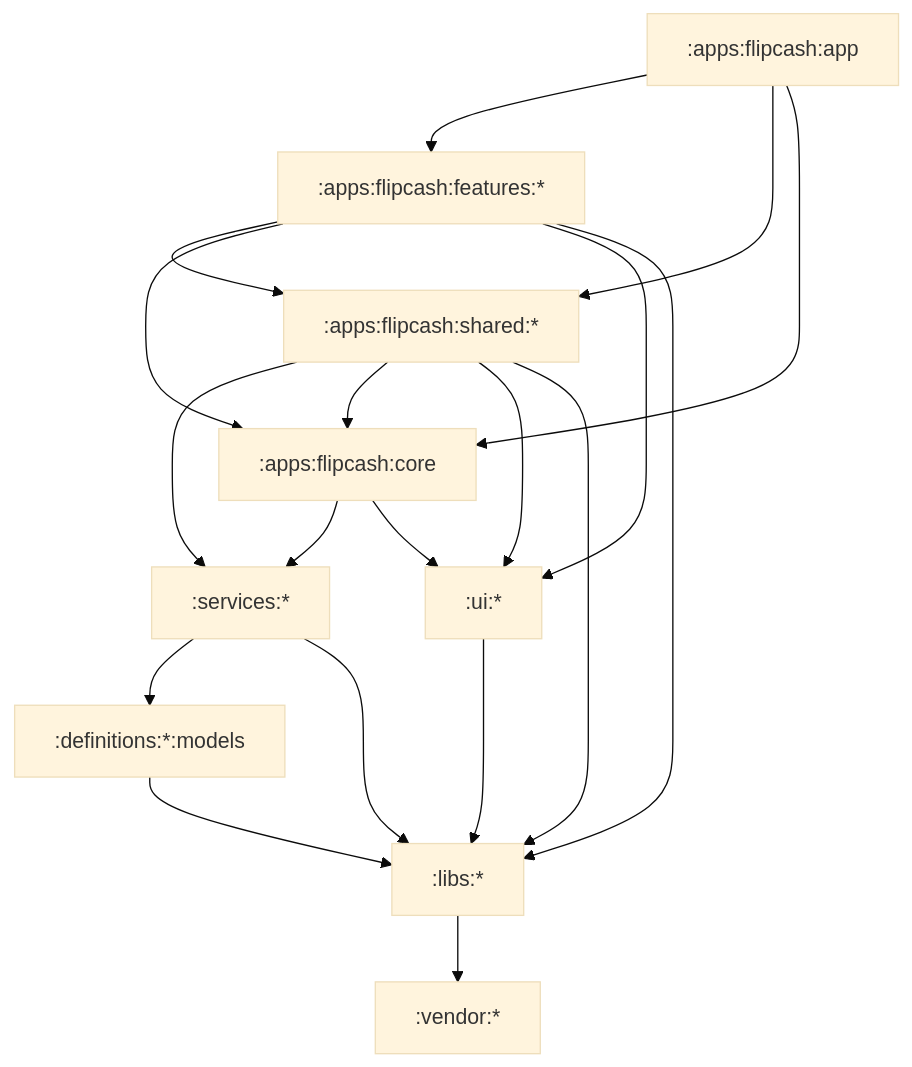
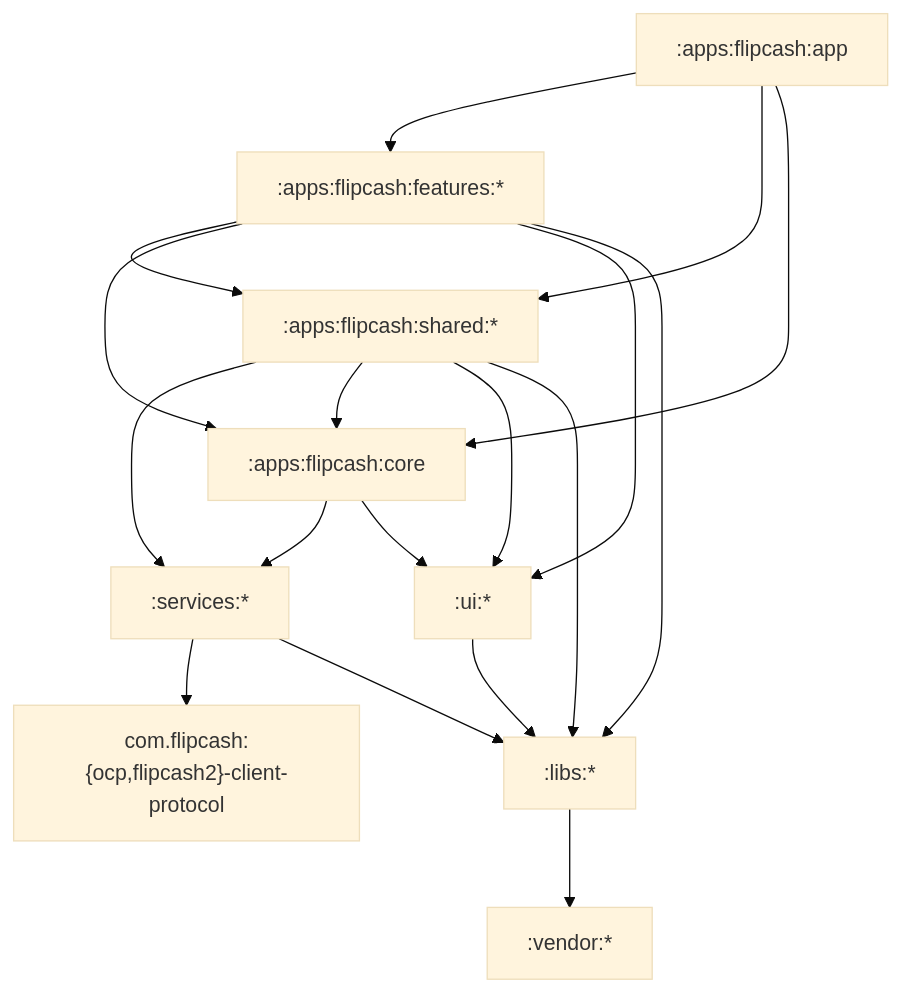
Before and after one commit to code-payments/code-android-app: the diagram in docs/architecture/01-modules-and-boundaries.md, drawn with Mermaid (base theme). The commit also changed other lines of this file and 62 other files, not shown here.

````diff
--- a/docs/architecture/01-modules-and-boundaries.md
+++ b/docs/architecture/01-modules-and-boundaries.md
@@ -26,31 +25,30 @@
 ```mermaid
 graph TD
     App[":apps:flipcash:app"]
     Feat[":apps:flipcash:features:*"]
     Shared[":apps:flipcash:shared:*"]
     Core[":apps:flipcash:core"]
     Svc[":services:*"]
-    Defs[":definitions:*:models"]
+    Defs["com.flipcash:{ocp,flipcash2}-client-protocol"]
     UI[":ui:*"]
     Libs[":libs:*"]
     Vendor[":vendor:*"]
 
     App --> Feat
     App --> Shared
     App --> Core
     Feat --> Shared
     Feat --> Core
     Feat --> UI
     Feat --> Libs
     Shared --> Svc
     Shared --> Core
     Shared --> UI
     Shared --> Libs
     Svc --> Defs
     Svc --> Libs
     Core --> Svc
     Core --> UI
     UI --> Libs
-    Defs --> Libs
     Libs --> Vendor
 ```
````
